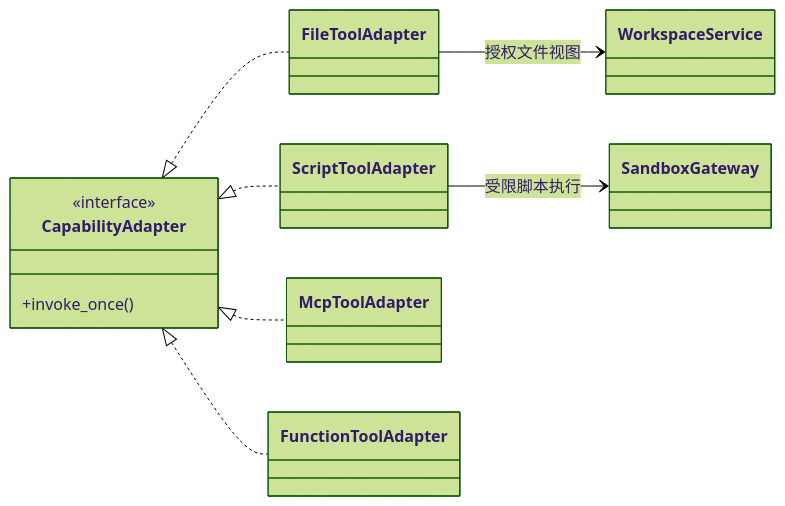
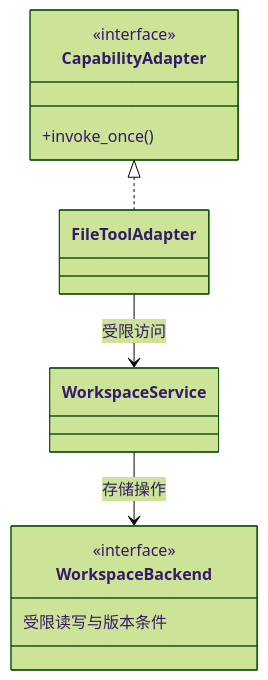
Diagram 11 of 15 in docs/sdk/object-collaboration.md (dujian0068/agent-loom), drawn with Mermaid (forest theme) before and after one commit. The commit also changed other lines of this file and 9 other files, not shown here.

````diff
--- a/docs/sdk/object-collaboration.md
+++ b/docs/sdk/object-collaboration.md
@@ -711,20 +715,17 @@
 ```mermaid
 classDiagram
-    direction LR
+    direction TB
     class CapabilityAdapter {
       <<interface>>
       +invoke_once()
     }
     class FileToolAdapter
-    class ScriptToolAdapter
-    class McpToolAdapter
-    class FunctionToolAdapter
     class WorkspaceService
-    class SandboxGateway
+    class WorkspaceBackend {
+      <<interface>>
+      受限读写与版本条件
+    }
     CapabilityAdapter <|.. FileToolAdapter
-    CapabilityAdapter <|.. ScriptToolAdapter
-    CapabilityAdapter <|.. McpToolAdapter
-    CapabilityAdapter <|.. FunctionToolAdapter
-    FileToolAdapter --> WorkspaceService : 授权文件视图
-    ScriptToolAdapter --> SandboxGateway : 受限脚本执行
+    FileToolAdapter --> WorkspaceService : 受限访问
+    WorkspaceService --> WorkspaceBackend : 存储操作
 ```
````
